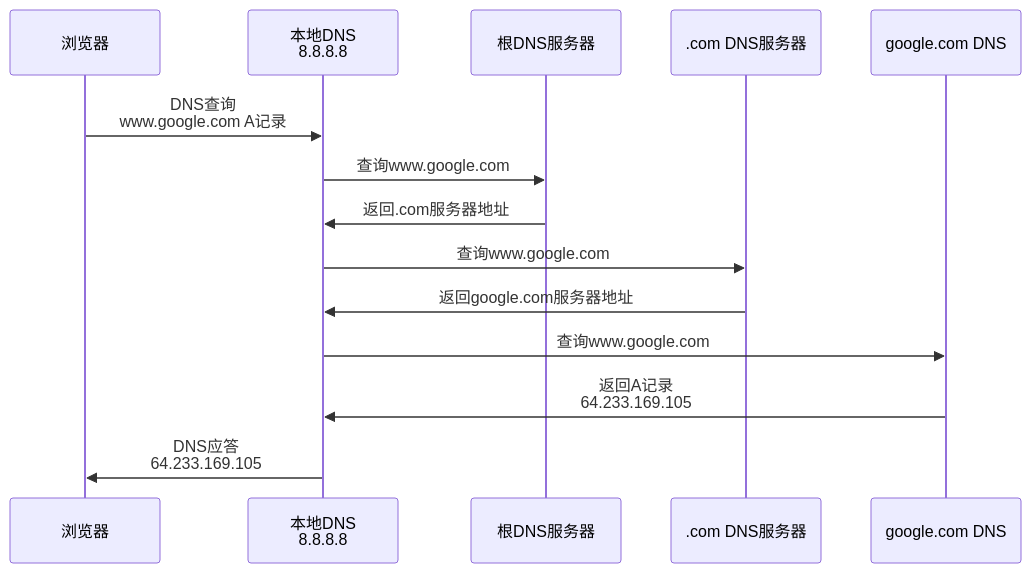
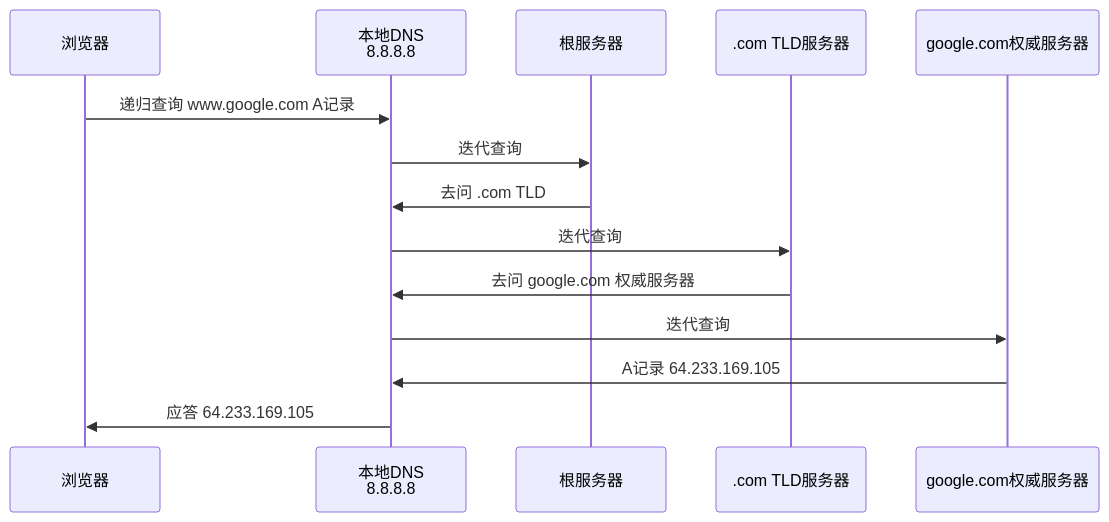
Before and after one commit to Dtheme/CS-base: the fourth of 7 diagrams in 计算机网络/6.7链路层：Web请求历程.md, drawn with Mermaid. The commit also changed other lines of this file and 51 other files, not shown here.

````diff
--- a/计算机网络/6.7链路层：Web请求历程.md
+++ b/计算机网络/6.7链路层：Web请求历程.md
@@ -216,21 +183,17 @@
 ```mermaid
 sequenceDiagram
     participant Browser as 浏览器
     participant Local as 本地DNS<br/>8.8.8.8
-    participant Root as 根DNS服务器
-    participant COM as .com DNS服务器
-    participant Google as google.com DNS
-    
-    Browser->>Local: DNS查询<br/>www.google.com A记录
-    
-    Local->>Root: 查询www.google.com
-    Root->>Local: 返回.com服务器地址
-    
-    Local->>COM: 查询www.google.com
-    COM->>Local: 返回google.com服务器地址
-    
-    Local->>Google: 查询www.google.com
-    Google->>Local: 返回A记录<br/>64.233.169.105
-    
-    Local->>Browser: DNS应答<br/>64.233.169.105
+    participant Root as 根服务器
+    participant COM as .com TLD服务器
+    participant Auth as google.com权威服务器
+
+    Browser->>Local: 递归查询 www.google.com A记录
+    Local->>Root: 迭代查询
+    Root->>Local: 去问 .com TLD
+    Local->>COM: 迭代查询
+    COM->>Local: 去问 google.com 权威服务器
+    Local->>Auth: 迭代查询
+    Auth->>Local: A记录 64.233.169.105
+    Local->>Browser: 应答 64.233.169.105
 ```
````
